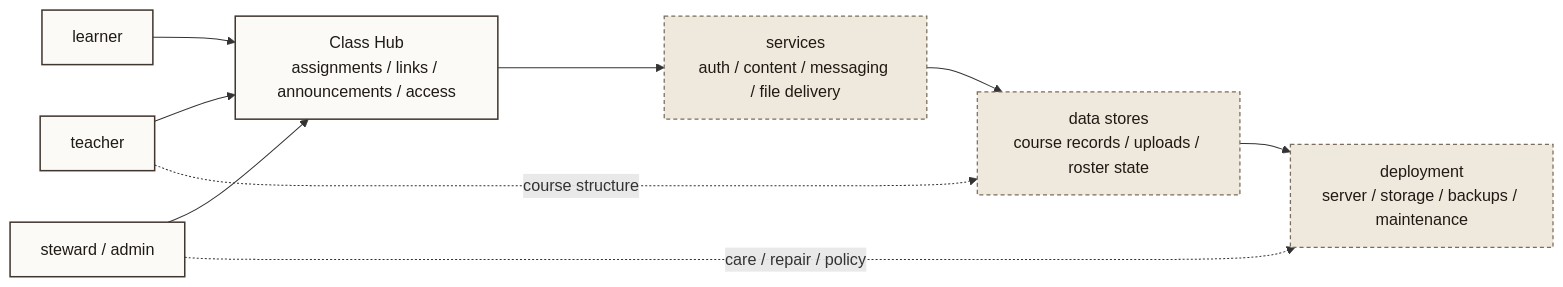
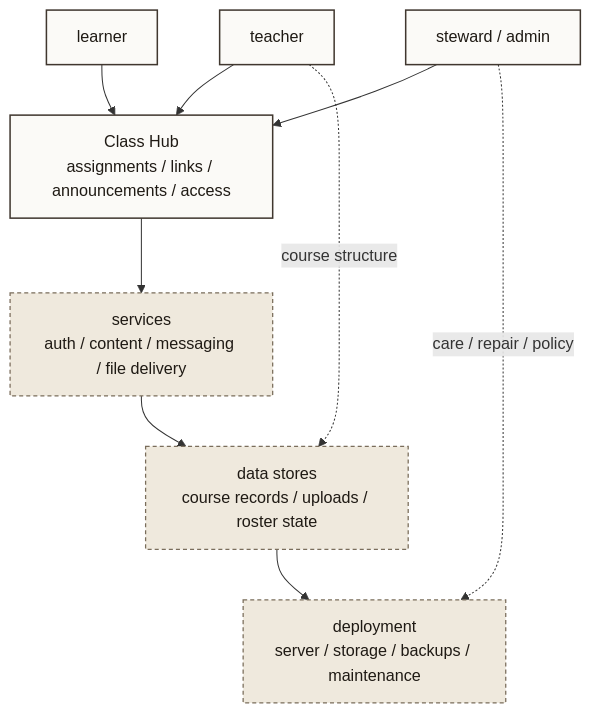
Before and after one commit to bseverns/bseverns.github.io: the diagram in docs/visual-system/diagrams/class-hub-architecture.md, drawn with Mermaid. The commit also changed 6 other files, not shown here.

Commit message:
diagram legibility

````diff
--- a/docs/visual-system/diagrams/class-hub-architecture.md
+++ b/docs/visual-system/diagrams/class-hub-architecture.md
@@ -8,25 +8,25 @@
 ```mermaid
-flowchart LR
+flowchart TD
     teacher["teacher"]
     learner["learner"]
     admin["steward / admin"]
 
     app["Class Hub<br/>assignments / links / announcements / access"]
 
     services["services<br/>auth / content / messaging / file delivery"]
     data["data stores<br/>course records / uploads / roster state"]
     deploy["deployment<br/>server / storage / backups / maintenance"]
 
     teacher --> app
     learner --> app
     admin --> app
     app --> services --> data --> deploy
     admin -. "care / repair / policy" .-> deploy
     teacher -. "course structure" .-> data
 
     classDef main fill:#fbfaf7,stroke:#40372f,stroke-width:1.5px,color:#1f1a14;
     classDef support fill:#efe9dd,stroke:#7a6d5b,stroke-width:1.25px,color:#1f1a14,stroke-dasharray: 4 3;
 
     class teacher,learner,admin,app main;
     class services,data,deploy support;
 ```
````
